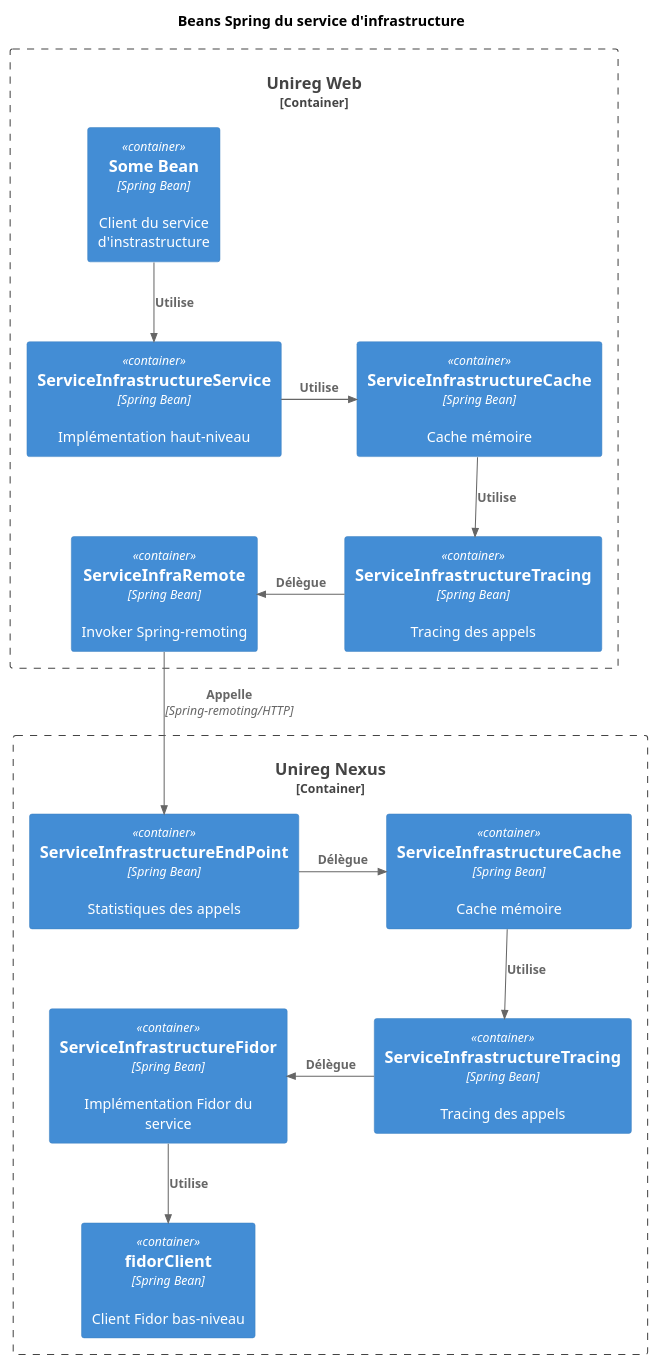
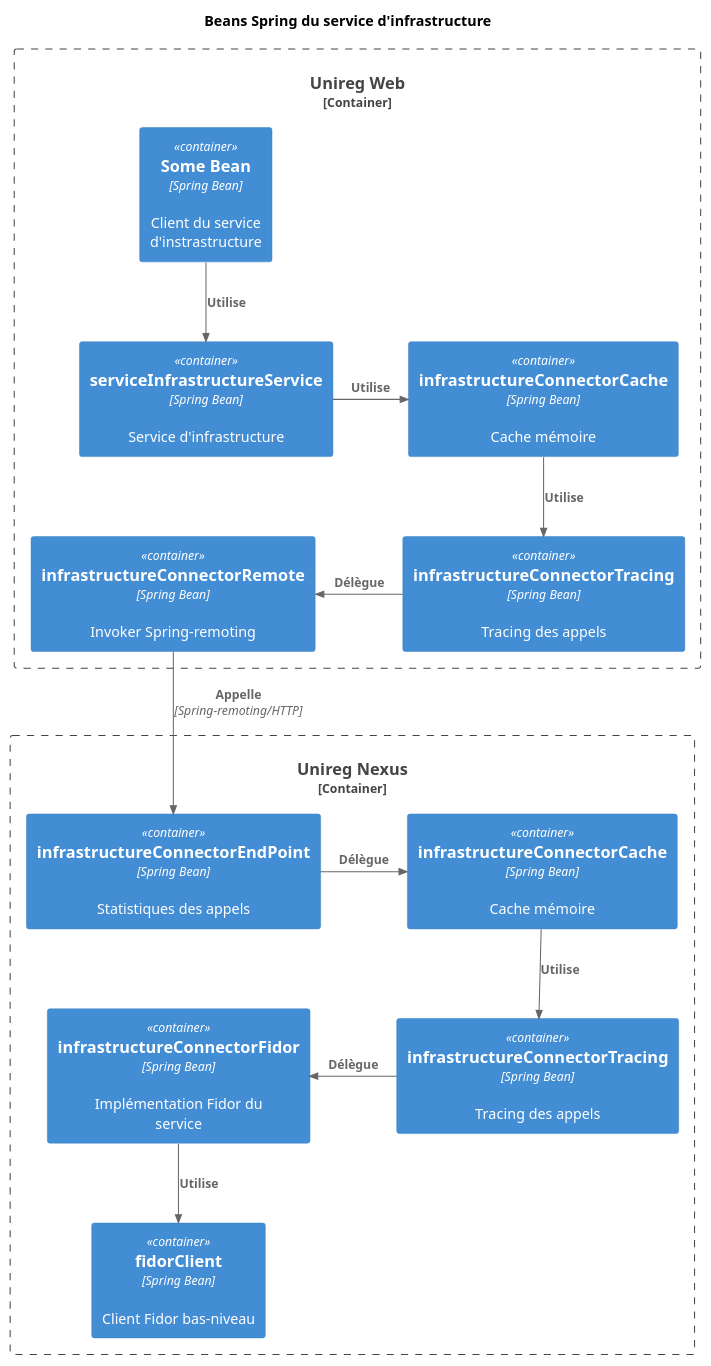
Before and after one commit to dmama/etv-reguni: the diagram in base/doc/diagrams/03_unireg_component_diagram_service_infrastructure.puml, drawn with PlantUML. The commit also changed 1 other file, not shown here.

Commit message:
[code cleanup] Documenté le renommage des classes et beans 'serviceRaw' en 'connecteur'.

```diff
--- a/base/doc/diagrams/03_unireg_component_diagram_service_infrastructure.puml
+++ b/base/doc/diagrams/03_unireg_component_diagram_service_infrastructure.puml
@@ -1,36 +1,36 @@
 @startuml 03_unireg_component_diagram_service_infrastructure
 !include c4/C4_Container.puml
 
 title Beans Spring du service d'infrastructure
 
 Container_Boundary(uniregWeb, "Unireg Web") {
 
     Container(webBeanClient, "Some Bean", "Spring Bean", "Client du service d'instrastructure")
 
-    Container(webInfrastructureService, "ServiceInfrastructureService", "Spring Bean", "Implémentation haut-niveau")
-	Container(webInfrastructureCache, "ServiceInfrastructureCache", "Spring Bean", "Cache mémoire")
-	Container(webInfrastructureTracing, "ServiceInfrastructureTracing", "Spring Bean", "Tracing des appels")
-	Container(webInfraRemote, "ServiceInfraRemote", "Spring Bean", "Invoker Spring-remoting")
+    Container(webInfrastructureService, "serviceInfrastructureService", "Spring Bean", "Service d'infrastructure")
+	Container(webConnectorCache, "infrastructureConnectorCache", "Spring Bean", "Cache mémoire")
+	Container(webConnectorTracing, "infrastructureConnectorTracing", "Spring Bean", "Tracing des appels")
+	Container(webConnectorRemote, "infrastructureConnectorRemote", "Spring Bean", "Invoker Spring-remoting")
 
 	Rel_D(webBeanClient, webInfrastructureService, "Utilise")
-	Rel_R(webInfrastructureService, webInfrastructureCache, "Utilise")
-	Rel_D(webInfrastructureCache, webInfrastructureTracing, "Utilise")
-	Rel_L(webInfrastructureTracing, webInfraRemote, "Délègue")
+	Rel_R(webInfrastructureService, webConnectorCache, "Utilise")
+	Rel_D(webConnectorCache, webConnectorTracing, "Utilise")
+	Rel_L(webConnectorTracing, webConnectorRemote, "Délègue")
 }
 
 Container_Boundary(uniregNexus, "Unireg Nexus") {
-    Container(nexusInfrastructureEndPoint, "ServiceInfrastructureEndPoint", "Spring Bean", "Statistiques des appels")
-	Container(nexusInfrastructureCache, "ServiceInfrastructureCache", "Spring Bean", "Cache mémoire")
-	Container(nexusInfrastructureTracing, "ServiceInfrastructureTracing", "Spring Bean", "Tracing des appels")
-	Container(nexusInfrastructureFidor, "ServiceInfrastructureFidor", "Spring Bean", "Implémentation Fidor du service")
+    Container(nexusConnectorEndPoint, "infrastructureConnectorEndPoint", "Spring Bean", "Statistiques des appels")
+	Container(nexusConnectorCache, "infrastructureConnectorCache", "Spring Bean", "Cache mémoire")
+	Container(nexusConnectorTracing, "infrastructureConnectorTracing", "Spring Bean", "Tracing des appels")
+	Container(nexusConnectorFidor, "infrastructureConnectorFidor", "Spring Bean", "Implémentation Fidor du service")
 	Container(fidorClient, "fidorClient", "Spring Bean", "Client Fidor bas-niveau")
 
-	Rel_R(nexusInfrastructureEndPoint, nexusInfrastructureCache, "Délègue")
-	Rel_D(nexusInfrastructureCache, nexusInfrastructureTracing, "Utilise")
-	Rel_L(nexusInfrastructureTracing, nexusInfrastructureFidor, "Délègue")
-	Rel_D(nexusInfrastructureFidor, fidorClient, "Utilise")
+	Rel_R(nexusConnectorEndPoint, nexusConnectorCache, "Délègue")
+	Rel_D(nexusConnectorCache, nexusConnectorTracing, "Utilise")
+	Rel_L(nexusConnectorTracing, nexusConnectorFidor, "Délègue")
+	Rel_D(nexusConnectorFidor, fidorClient, "Utilise")
 }
 
-Rel_D(webInfraRemote, nexusInfrastructureEndPoint, "Appelle", "Spring-remoting/HTTP")
+Rel_D(webConnectorRemote, nexusConnectorEndPoint, "Appelle", "Spring-remoting/HTTP")
 
 @enduml
```
